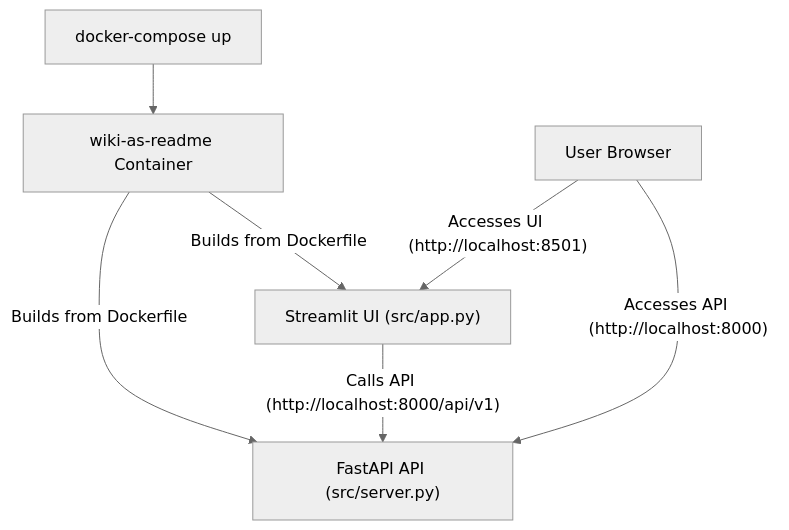
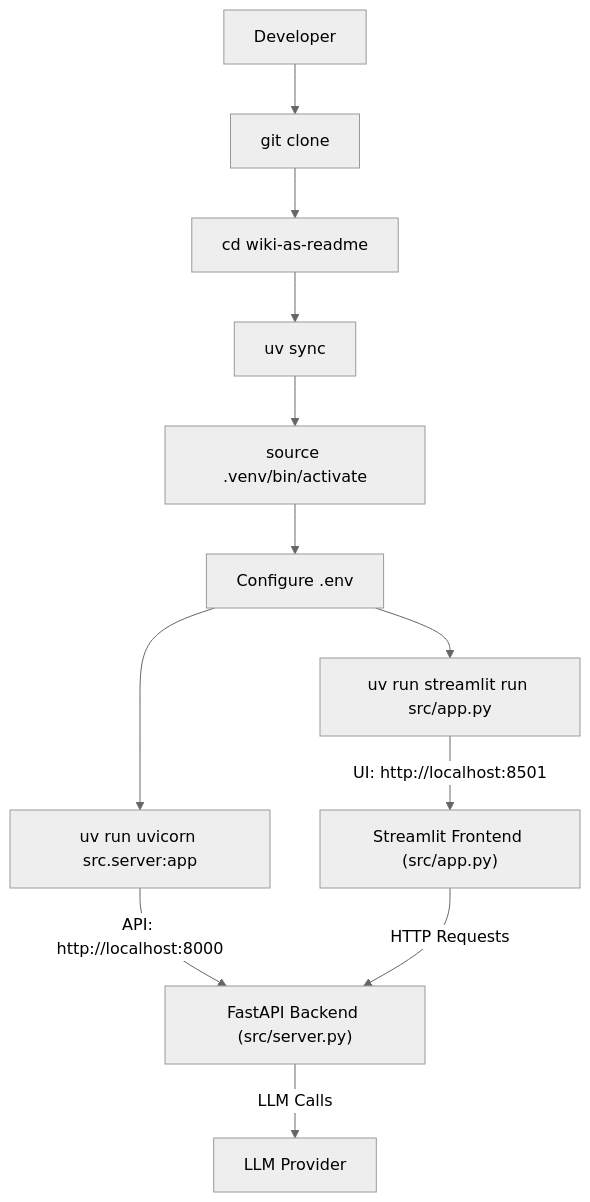
Before and after one commit to catuscio/wiki-as-readme: the seventh of 19 diagrams in examples/wiki_as_README.md, drawn with Mermaid (neutral theme). The commit also changed other lines of this file, not shown here.

Commit message:
✨📚 Update examples/wiki_as_README.md via Wiki-As-Readme Action (en)

````diff
--- a/examples/wiki_as_README.md
+++ b/examples/wiki_as_README.md
@@ -759,16 +1014,14 @@
 ```mermaid
 graph TD
-    USER_BROWSER["User Browser"]
-    DOCKER_COMPOSE["docker-compose up"]
-    WIKI_CONTAINER["wiki-as-readme Container"]
-    FASTAPI_API["FastAPI API (src/server.py)"]
-    STREAMLIT_UI["Streamlit UI (src/app.py)"]
-
-    DOCKER_COMPOSE --> WIKI_CONTAINER
-    WIKI_CONTAINER -- "Builds from Dockerfile" --> FASTAPI_API
-    WIKI_CONTAINER -- "Builds from Dockerfile" --> STREAMLIT_UI
-
-    USER_BROWSER -- "Accesses UI (http://localhost:8501)" --> STREAMLIT_UI
-    STREAMLIT_UI -- "Calls API (http://localhost:8000/api/v1)" --> FASTAPI_API
-    USER_BROWSER -- "Accesses API (http://localhost:8000)" --> FASTAPI_API
+    A["Developer"] --> B["git clone"]
+    B --> C["cd wiki-as-readme"]
+    C --> D["uv sync"]
+    D --> E["source .venv/bin/activate"]
+    E --> F["Configure .env"]
+    F --> G["uv run uvicorn src.server:app"]
+    F --> H["uv run streamlit run src/app.py"]
+    G -- "API: http://localhost:8000" --> I["FastAPI Backend (src/server.py)"]
+    H -- "UI: http://localhost:8501" --> J["Streamlit Frontend (src/app.py)"]
+    J -- "HTTP Requests" --> I
+    I -- "LLM Calls" --> K["LLM Provider"]
 ```
````
